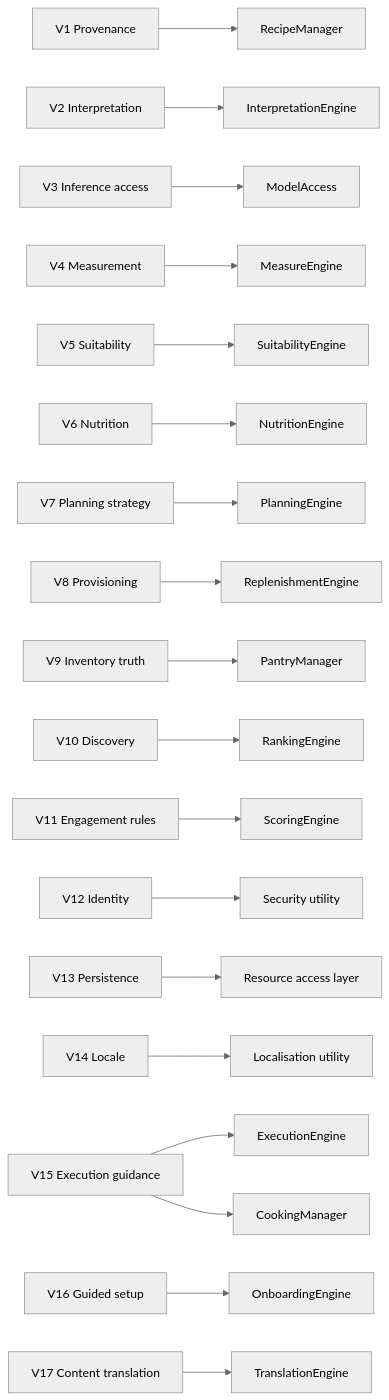
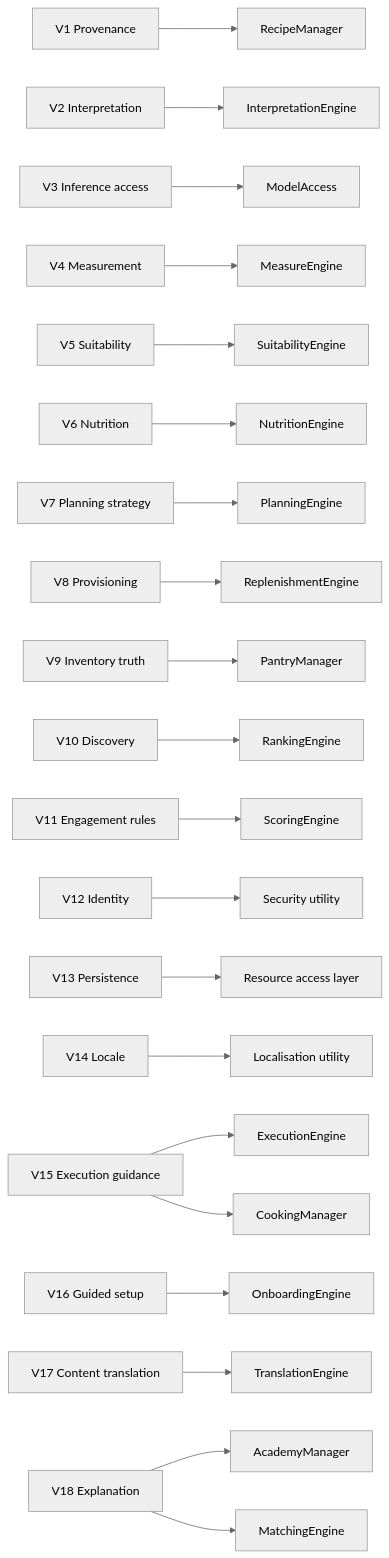
One commit to h3ll5ur7er/quookly changed the diagram in doc/03-volatility-analysis.md. Above: the diagram before and after it, drawn with Mermaid (neutral theme). The commit also changed other lines of this file and 5 other files, not shown here.

````diff
--- a/doc/03-volatility-analysis.md
+++ b/doc/03-volatility-analysis.md
@@ -302,21 +329,23 @@
 ```mermaid
 flowchart LR
   V1["V1 Provenance"] --> RM["RecipeManager"]
   V2["V2 Interpretation"] --> IE["InterpretationEngine"]
   V3["V3 Inference access"] --> MA["ModelAccess"]
   V4["V4 Measurement"] --> ME["MeasureEngine"]
   V5["V5 Suitability"] --> SE["SuitabilityEngine"]
   V6["V6 Nutrition"] --> NE["NutritionEngine"]
   V7["V7 Planning strategy"] --> PE["PlanningEngine"]
   V8["V8 Provisioning"] --> RE["ReplenishmentEngine"]
   V9["V9 Inventory truth"] --> PM["PantryManager"]
   V10["V10 Discovery"] --> RKE["RankingEngine"]
   V11["V11 Engagement rules"] --> SCE["ScoringEngine"]
   V12["V12 Identity"] --> SEC["Security utility"]
   V13["V13 Persistence"] --> RA["Resource access layer"]
   V14["V14 Locale"] --> LOC["Localisation utility"]
   V15["V15 Execution guidance"] --> EE["ExecutionEngine"]
   V15 --> CM["CookingManager"]
   V16["V16 Guided setup"] --> OE["OnboardingEngine"]
   V17["V17 Content translation"] --> TE["TranslationEngine"]
+  V18["V18 Explanation"] --> AM["AcademyManager"]
+  V18 --> MTE["MatchingEngine"]
 ```
````
